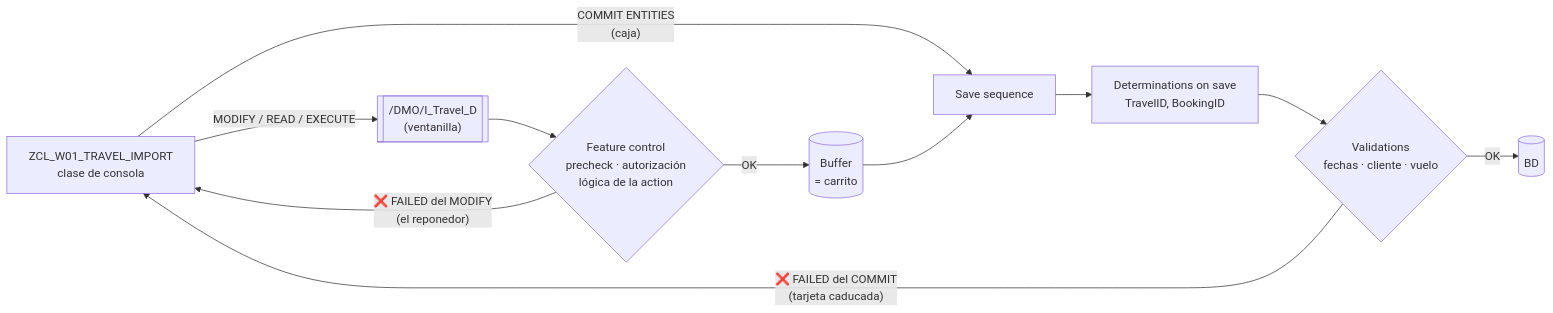
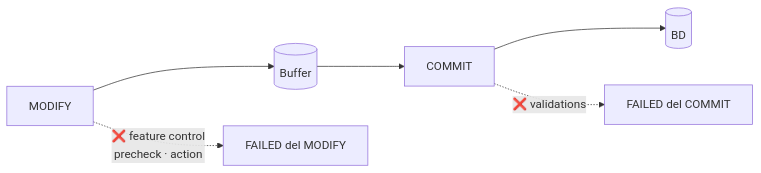
The first of 2 diagrams in Semana01_EML_Consumidor.md (robergit88/ClaudeOutputs), drawn with Mermaid before and after one commit. The commit also changed other lines of this file, not shown here.

````diff
--- a/Semana01_EML_Consumidor.md
+++ b/Semana01_EML_Consumidor.md
@@ -62,13 +45,6 @@
 ```mermaid
 flowchart LR
-    C[ZCL_W01_TRAVEL_IMPORT<br/>clase de consola] -- "MODIFY / READ / EXECUTE" --> I[["/DMO/I_Travel_D<br/>(ventanilla)"]]
-    I --> FC{"Feature control<br/>precheck · autorización<br/>lógica de la action"}
-    FC -- "❌ FAILED del MODIFY<br/>(el reponedor)" --> C
-    FC -- OK --> BUF[(Buffer<br/>= carrito)]
-    C -- "COMMIT ENTITIES<br/>(caja)" --> SS[Save sequence]
-    BUF --> SS
-    SS --> DET["Determinations on save<br/>TravelID, BookingID"]
-    DET --> VAL{"Validations<br/>fechas · cliente · vuelo"}
-    VAL -- "❌ FAILED del COMMIT<br/>(tarjeta caducada)" --> C
-    VAL -- OK --> DB[(BD)]
+    M[MODIFY] --> B[(Buffer)] --> C[COMMIT] --> D[(BD)]
+    M -. "❌ feature control<br/>precheck · action" .-> F1[FAILED del MODIFY]
+    C -. "❌ validations" .-> F2[FAILED del COMMIT]
 ```
````
